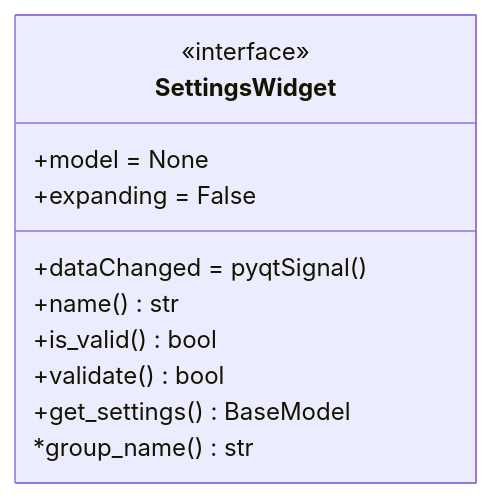
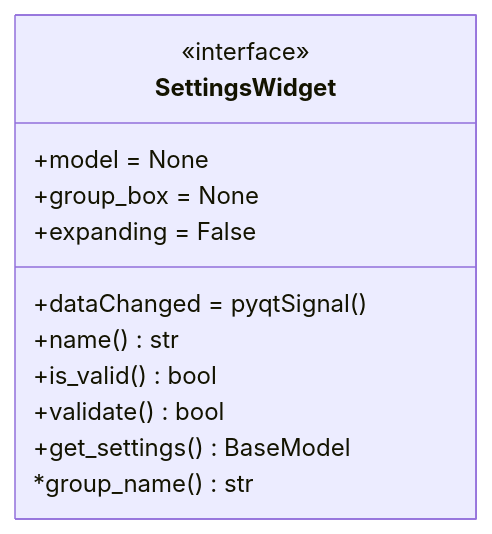
The second of 2 diagrams in threedi_schematisation_editor/vector_data_importer/wizard/DESIGN.md (nens/threedi-schematisation-editor), drawn with Mermaid before and after one commit. The commit also changed other lines of this file and 25 other files, not shown here.

````diff
--- a/threedi_schematisation_editor/vector_data_importer/wizard/DESIGN.md
+++ b/threedi_schematisation_editor/vector_data_importer/wizard/DESIGN.md
@@ -123,14 +131,15 @@
 ```mermaid
 classDiagram
 class SettingsWidget{
     <<interface>>
     +dataChanged = pyqtSignal()
     +model = None
+    +group_box = None
     +expanding = False
     +name() str
     +is_valid() bool
     +validate() bool
     +get_settings() BaseModel
     *group_name() str
 }
 ```
````
